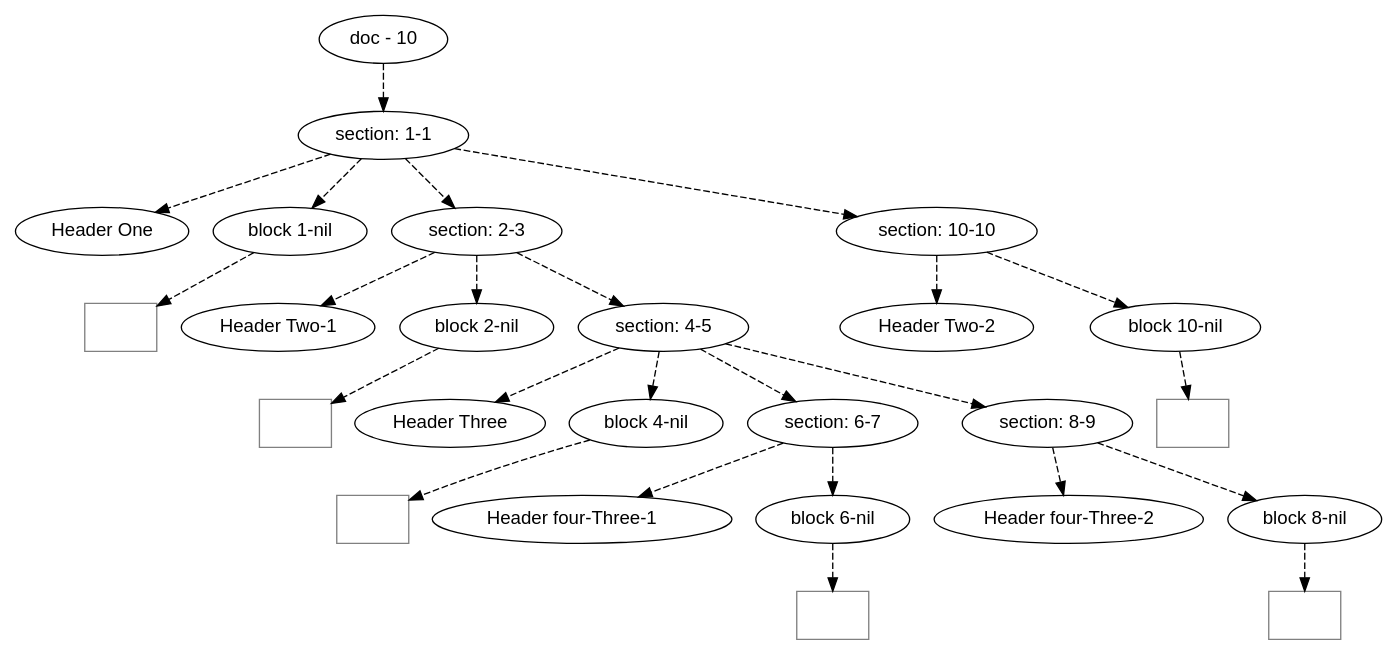
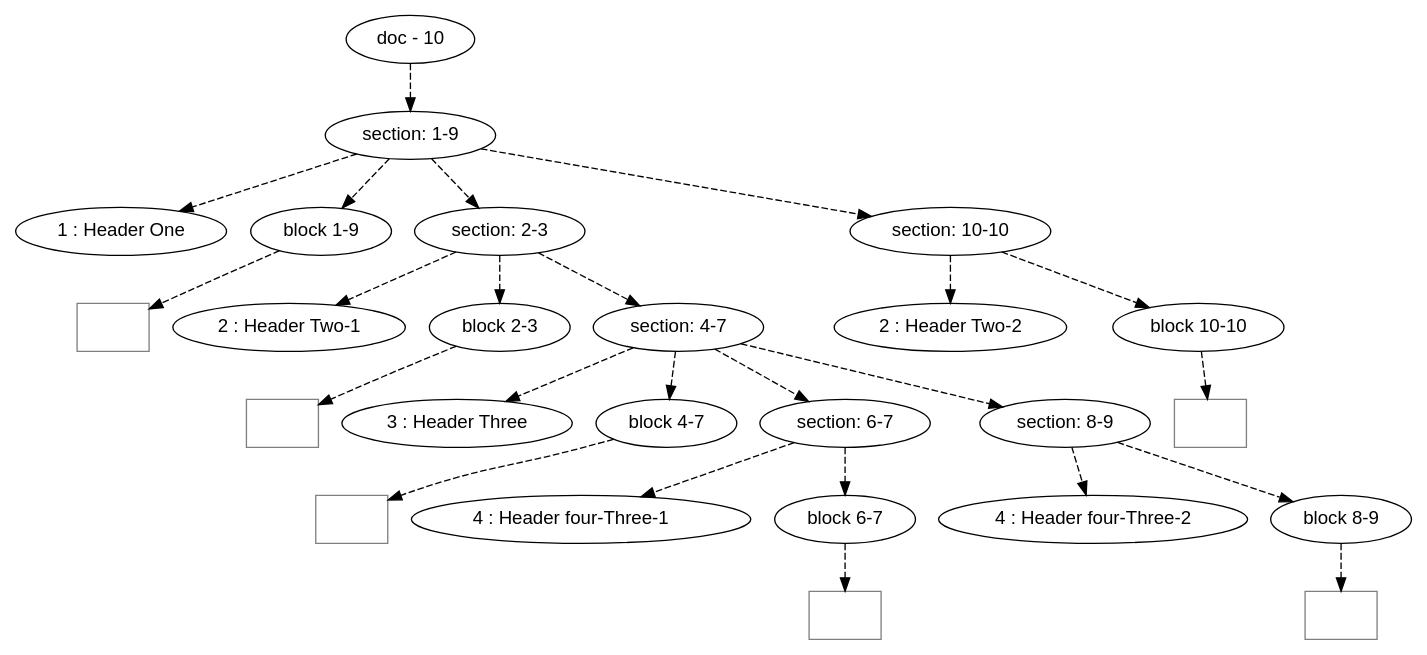
The diagram in orb/dot/samples/headers.gm.dot (mnemnion/orb), drawn with Graphviz before and after one commit. The commit also changed 80 other files, not shown here.

```diff
--- a/orb/dot/samples/headers.gm.dot
+++ b/orb/dot/samples/headers.gm.dot
@@ -1,71 +1,71 @@
 digraph hierarchy {
 
 node [fontname=Helvetica]
 edge [style=dashed]
 
 doc_0 [label="doc - 10"]
 
 doc_0 -> { section_1}
 {rank=same; section_1}
 
-section_1 [label="section: 1-1"]
+section_1 [label="section: 1-9"]
 
 section_1 -> { header_2 block_3 section_4 section_5}
 {rank=same; header_2 block_3 section_4 section_5}
 
-header_2 [label="Header One"]
-block_3 [label="block 1-nil"]
+header_2 [label="1 : Header One"]
+block_3 [label="block 1-9"]
 section_4 [label="section: 2-3"]
 section_5 [label="section: 10-10"]
 
 
 block_3 -> leaf_6
 leaf_6  [color=Gray,shape=rectangle,fontname=Inconsolata,label=""]section_4 -> { header_7 block_8 section_9}
 {rank=same; header_7 block_8 section_9}
 
-header_7 [label="Header Two-1"]
-block_8 [label="block 2-nil"]
-section_9 [label="section: 4-5"]
+header_7 [label="2 : Header Two-1"]
+block_8 [label="block 2-3"]
+section_9 [label="section: 4-7"]
 
 
 block_8 -> leaf_10
 leaf_10  [color=Gray,shape=rectangle,fontname=Inconsolata,label="
 "]section_9 -> { header_11 block_12 section_13 section_14}
 {rank=same; header_11 block_12 section_13 section_14}
 
-header_11 [label="Header Three"]
-block_12 [label="block 4-nil"]
+header_11 [label="3 : Header Three"]
+block_12 [label="block 4-7"]
 section_13 [label="section: 6-7"]
 section_14 [label="section: 8-9"]
 
 
 block_12 -> leaf_15
 leaf_15  [color=Gray,shape=rectangle,fontname=Inconsolata,label="    
 "]section_13 -> { header_16 block_17}
 {rank=same; header_16 block_17}
 
-header_16 [label="Header four-Three-1    "]
-block_17 [label="block 6-nil"]
+header_16 [label="4 : Header four-Three-1    "]
+block_17 [label="block 6-7"]
 
 
 block_17 -> leaf_18
 leaf_18  [color=Gray,shape=rectangle,fontname=Inconsolata,label="
 "]section_14 -> { header_19 block_20}
 {rank=same; header_19 block_20}
 
-header_19 [label="Header four-Three-2"]
-block_20 [label="block 8-nil"]
+header_19 [label="4 : Header four-Three-2"]
+block_20 [label="block 8-9"]
 
 
 block_20 -> leaf_21
 leaf_21  [color=Gray,shape=rectangle,fontname=Inconsolata,label="
 "]section_5 -> { header_22 block_23}
 {rank=same; header_22 block_23}
 
-header_22 [label="Header Two-2"]
-block_23 [label="block 10-nil"]
+header_22 [label="2 : Header Two-2"]
+block_23 [label="block 10-10"]
 
 
 block_23 -> leaf_24
 leaf_24  [color=Gray,shape=rectangle,fontname=Inconsolata,label=""]
 }
```
